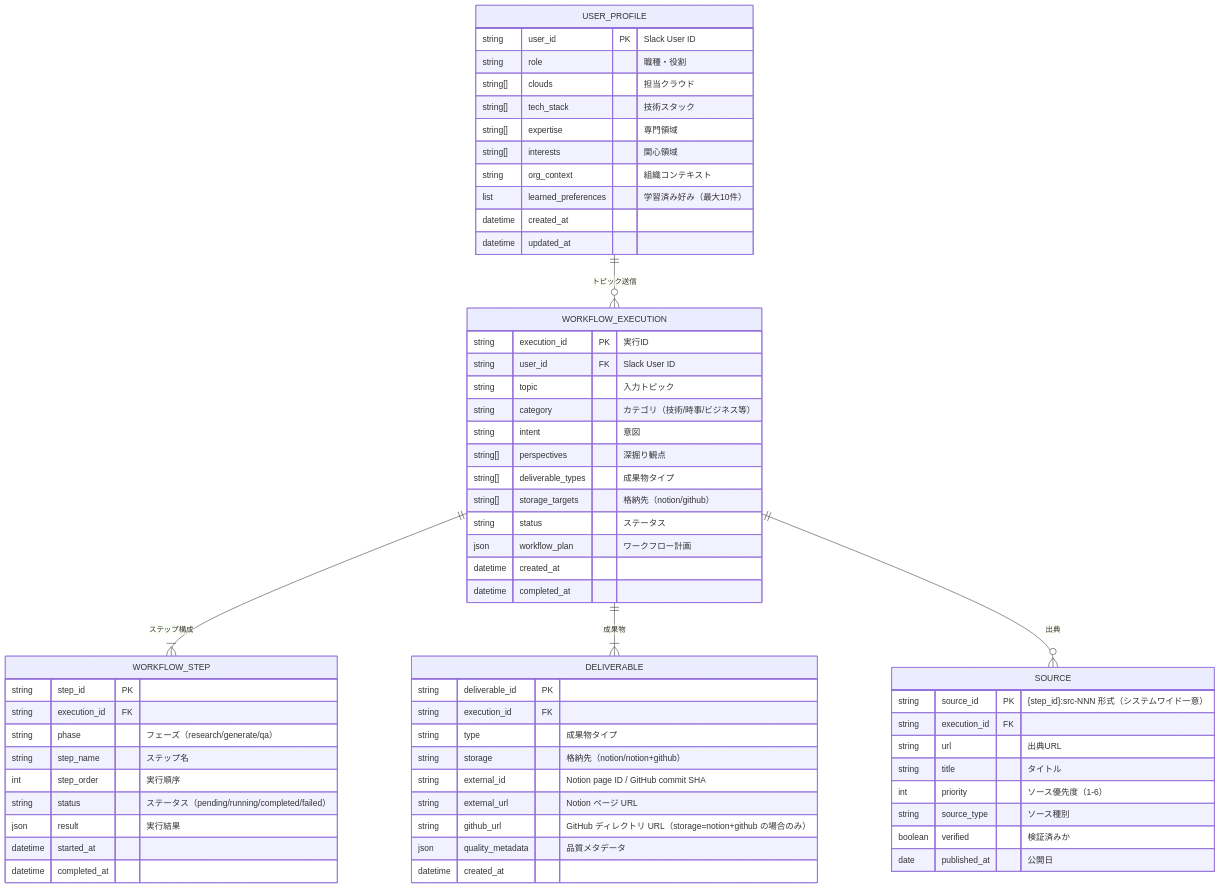
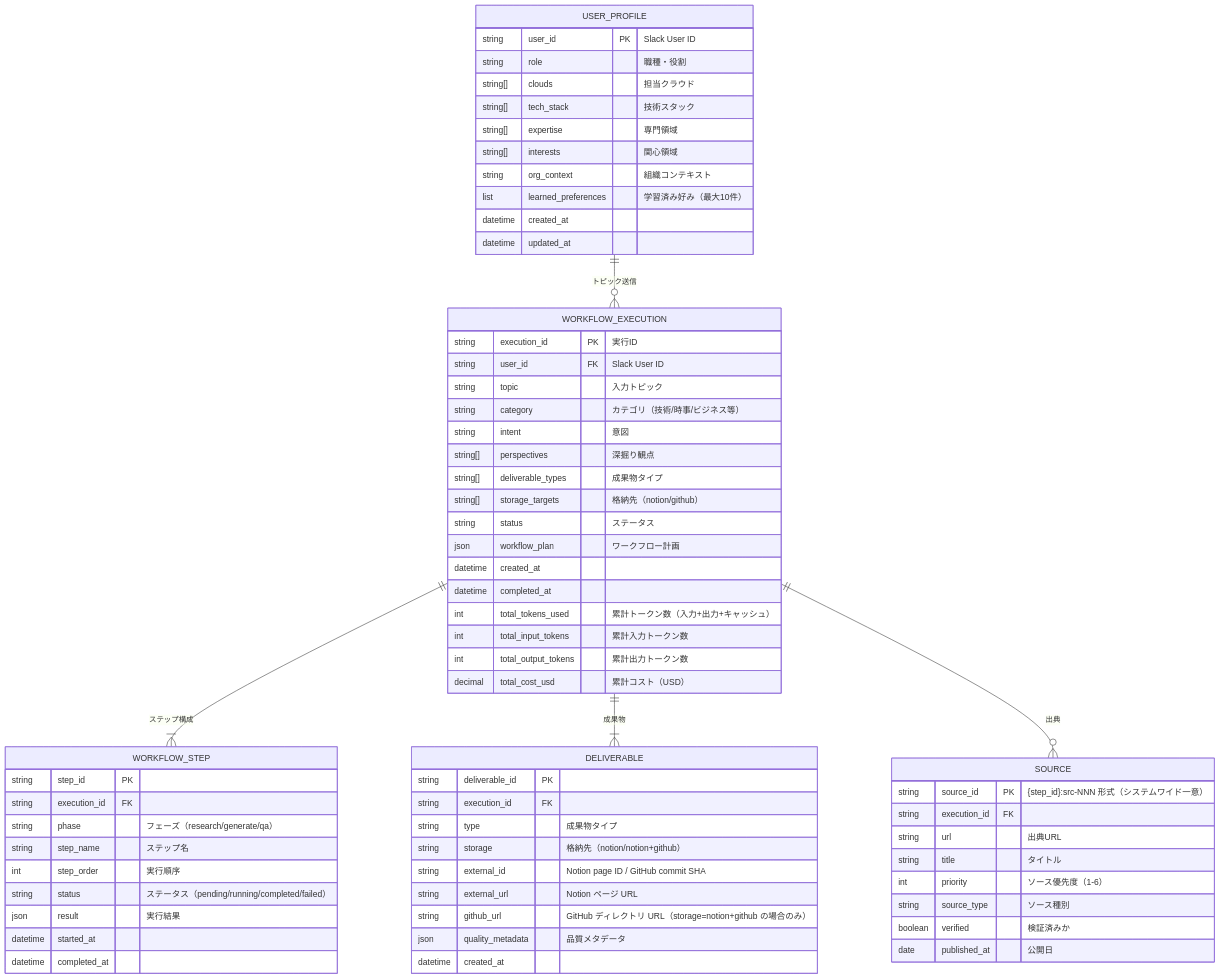
The second of 6 diagrams in docs/functional-design.md (Shintaro-Abe/catch-expander-code), drawn with Mermaid before and after one commit. The commit also changed other lines of this file and 26 other files, not shown here.

````diff
--- a/docs/functional-design.md
+++ b/docs/functional-design.md
@@ -124,70 +126,74 @@
 ```mermaid
 erDiagram
     USER_PROFILE {
         string user_id PK "Slack User ID"
         string role "職種・役割"
         string[] clouds "担当クラウド"
         string[] tech_stack "技術スタック"
         string[] expertise "専門領域"
         string[] interests "関心領域"
         string org_context "組織コンテキスト"
         list learned_preferences "学習済み好み（最大10件）"
         datetime created_at
         datetime updated_at
     }
 
     WORKFLOW_EXECUTION {
         string execution_id PK "実行ID"
         string user_id FK "Slack User ID"
         string topic "入力トピック"
         string category "カテゴリ（技術/時事/ビジネス等）"
         string intent "意図"
         string[] perspectives "深掘り観点"
         string[] deliverable_types "成果物タイプ"
         string[] storage_targets "格納先（notion/github）"
         string status "ステータス"
         json workflow_plan "ワークフロー計画"
         datetime created_at
         datetime completed_at
+        int total_tokens_used "累計トークン数（入力+出力+キャッシュ）"
+        int total_input_tokens "累計入力トークン数"
+        int total_output_tokens "累計出力トークン数"
+        decimal total_cost_usd "累計コスト（USD）"
     }
 
     WORKFLOW_STEP {
         string step_id PK
         string execution_id FK
         string phase "フェーズ（research/generate/qa）"
         string step_name "ステップ名"
         int step_order "実行順序"
         string status "ステータス（pending/running/completed/failed）"
         json result "実行結果"
         datetime started_at
         datetime completed_at
     }
 
     DELIVERABLE {
         string deliverable_id PK
         string execution_id FK
         string type "成果物タイプ"
         string storage "格納先（notion/notion+github）"
         string external_id "Notion page ID / GitHub commit SHA"
         string external_url "Notion ページ URL"
         string github_url "GitHub ディレクトリ URL（storage=notion+github の場合のみ）"
         json quality_metadata "品質メタデータ"
         datetime created_at
     }
 
     SOURCE {
         string source_id PK "{step_id}:src-NNN 形式（システムワイド一意）"
         string execution_id FK
         string url "出典URL"
         string title "タイトル"
         int priority "ソース優先度（1-6）"
         string source_type "ソース種別"
         boolean verified "検証済みか"
         date published_at "公開日"
     }
 
     USER_PROFILE ||--o{ WORKFLOW_EXECUTION : "トピック送信"
     WORKFLOW_EXECUTION ||--|{ WORKFLOW_STEP : "ステップ構成"
     WORKFLOW_EXECUTION ||--|{ DELIVERABLE : "成果物"
     WORKFLOW_EXECUTION ||--o{ SOURCE : "出典"
 ```
````
